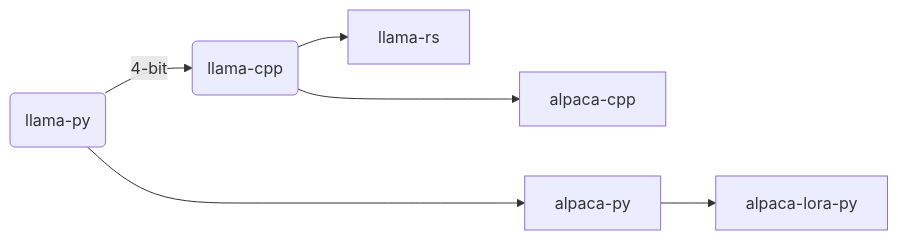
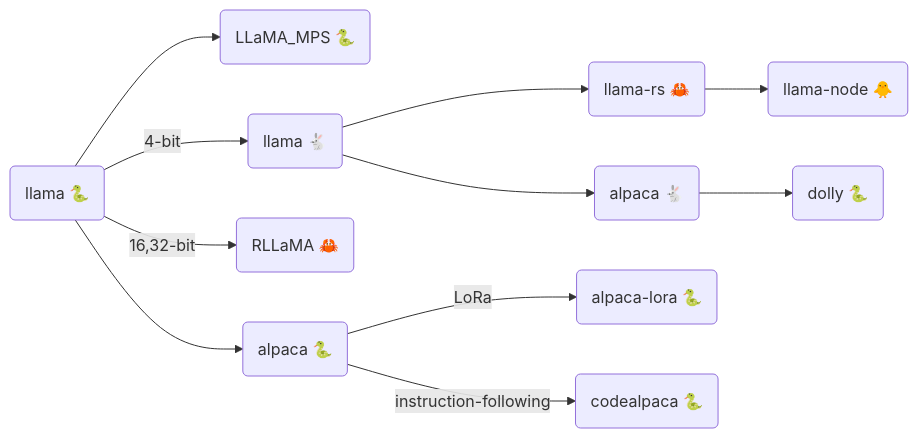
One commit to gist-rs/book changed the second of 2 diagrams in src/ml/llama.md. Above: the diagram before and after it, drawn with Mermaid. The commit also changed other lines of this file, not shown here.

````diff
--- a/src/ml/llama.md
+++ b/src/ml/llama.md
@@ -68,6 +68,12 @@
 ```mermaid
 graph LR;
-A(llama-py) --"4-bit"--> B("llama-cpp") --> llama-rs
-B ---> alpaca-cpp
-A ----> alpaca-py --> alpaca-lora-py
+A --> G("LLaMA_MPS 🐍")
+A("llama 🐍") --"4-bit"--> B("llama 🐇")
+B --> C("llama-rs 🦀")
+A --"16,32-bit"--> CC("RLLaMA 🦀")
+C --> I("llama-node 🐥")
+B --> D("alpaca 🐇")
+A --> E("alpaca 🐍") --LoRa--> F("alpaca-lora 🐍")
+E --instruction-following--> H("codealpaca 🐍")
+D --> J("dolly 🐍")
 ```
````
